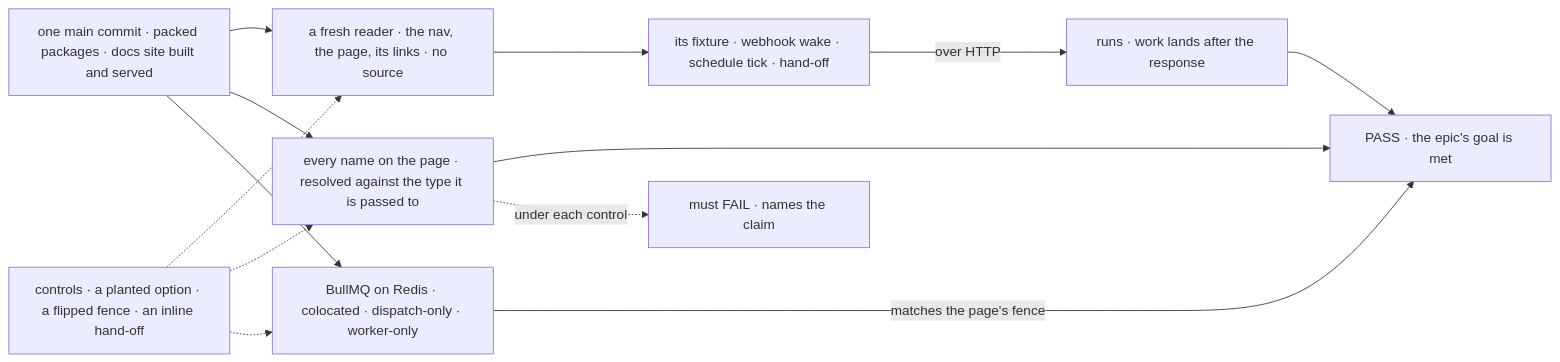
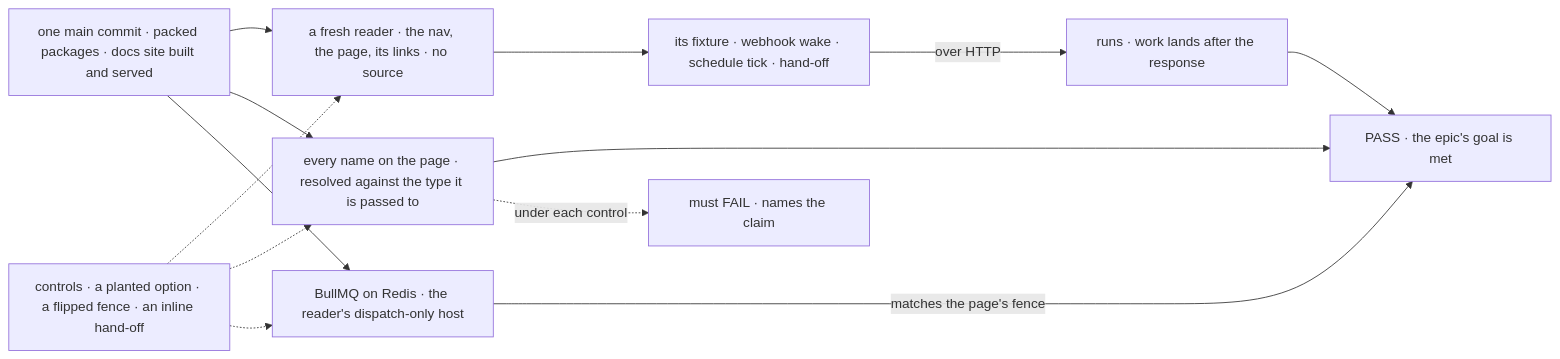
One commit to fixpoint-labs/flow-state-dev changed the diagram in specs/issues/FIX-1642/SPEC.md. Above: the diagram before and after it, drawn with Mermaid. The commit also changed other lines of this file and 7 other files, not shown here.

````diff
--- a/specs/issues/FIX-1642/SPEC.md
+++ b/specs/issues/FIX-1642/SPEC.md
@@ -34,15 +34,15 @@
 ```mermaid
 flowchart LR
   M["one main commit · packed packages · docs site built and served"] --> R["a fresh reader · the nav, the page, its links · no source"]
   R --> F["its fixture · webhook wake · schedule tick · hand-off"]
   F -->|"over HTTP"| B["runs · work lands after the response"]
   M --> K["every name on the page · resolved against the type it is passed to"]
-  M --> Q["BullMQ on Redis · colocated · dispatch-only · worker-only"]
+  M --> Q["BullMQ on Redis · the reader's dispatch-only host"]
   Q -->|"matches the page's fence"| OK["PASS · the epic's goal is met"]
   B --> OK
   K --> OK
   C["controls · a planted option · a flipped fence · an inline hand-off"] -.-> R
   C -.-> K
   C -.-> Q
   K -.->|"under each control"| X["must FAIL · names the claim"]
 ```
````
